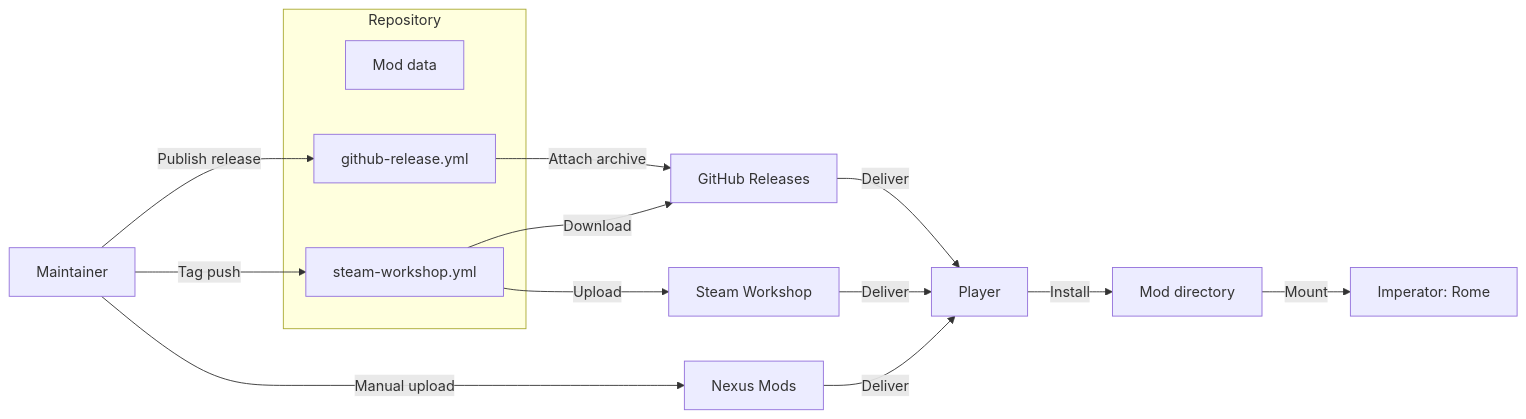
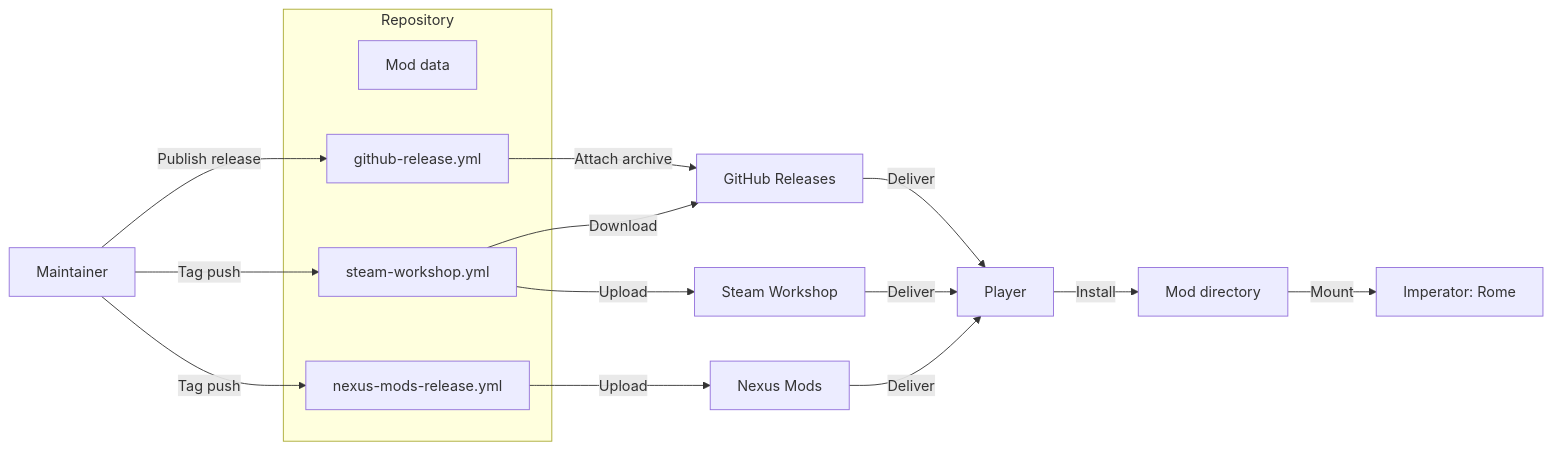
Before and after one commit to hmlendea/imperator-dracones-invictus: the diagram in docs/integrations.md, drawn with Mermaid. The commit also changed other lines of this file and 24 other files, not shown here.

Commit message:
ci: Created the Nexus Mods Release workflow

````diff
--- a/docs/integrations.md
+++ b/docs/integrations.md
@@ -48,19 +58,21 @@
 ```mermaid
 flowchart LR
     subgraph Repository
         Data[Mod data]
         Build[github-release.yml]
         Workflow[steam-workshop.yml]
+        NexusWorkflow[nexus-mods-release.yml]
     end
     Maintainer[Maintainer] -->|Publish release| Build
     Build -->|Attach archive| Releases[GitHub Releases]
     Maintainer -->|Tag push| Workflow
+    Maintainer -->|Tag push| NexusWorkflow
     Workflow -->|Download| Releases
     Workflow -->|Upload| Workshop[Steam Workshop]
-    Maintainer -->|Manual upload| Nexus[Nexus Mods]
+    NexusWorkflow -->|Upload| Nexus[Nexus Mods]
     Workshop -->|Deliver| Player[Player]
     Nexus -->|Deliver| Player
     Releases -->|Deliver| Player
     Player -->|Install| ModDir[Mod directory]
     ModDir -->|Mount| Host[Imperator: Rome]
 ```
````
